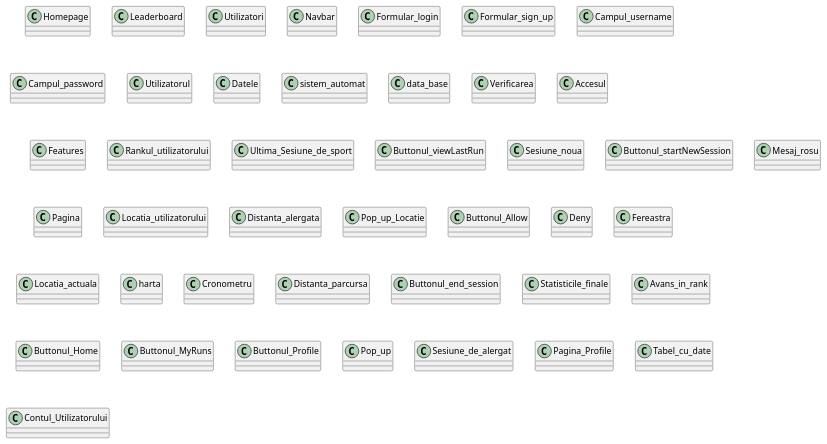
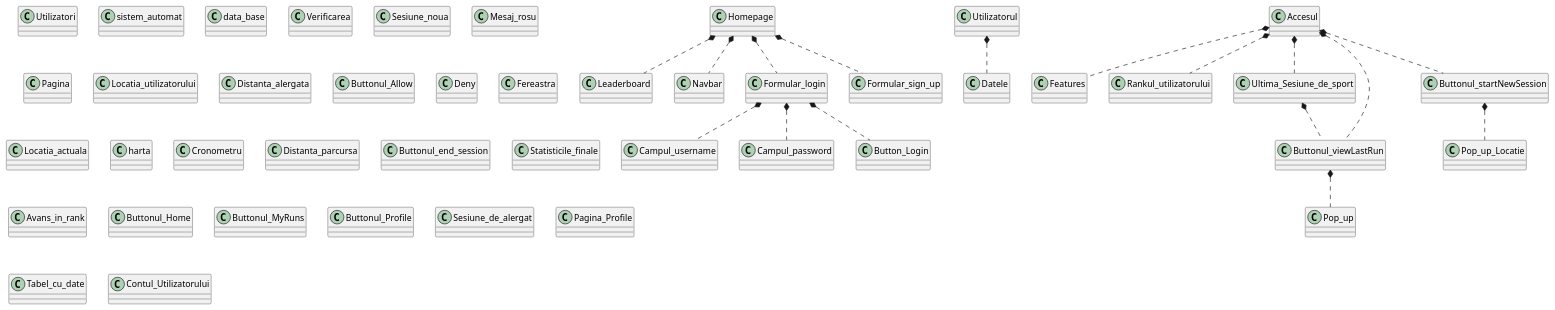
The diagram in ok.puml (kechillosh/req), drawn with PlantUML before and after one commit.

```diff
--- a/ok.puml
+++ b/ok.puml
@@ -1,142 +1,174 @@
 @startuml
 'https://plantuml.com/class-diagram
 
 class Homepage{
 }
 
 class Leaderboard{
 }
 
 class Utilizatori{
 }
 
 class Navbar{
 }
 
 class Formular_login{
 }
 
 class Formular_sign_up{
 }
 
 class Campul_username{
 }
 
 class Campul_password{
+}
+
+class Button_Login {
 }
 
 class Utilizatorul{
 }
 
 class Datele{
 }
 
 class sistem_automat{
 }
 
 class data_base {
 }
 
 class Verificarea{
 }
 
 class Accesul{
 }
 
 class Features{
 }
 
 class Rankul_utilizatorului{
 }
 
 class Ultima_Sesiune_de_sport{
 }
 
 class Buttonul_viewLastRun{
 }
 
 class Sesiune_noua{
 }
 
 class Buttonul_startNewSession{
 }
 
 class Mesaj_rosu{
 }
 
 class Pagina {
 }
 
 class Locatia_utilizatorului {
 }
 
 class Distanta_alergata {
 }
 
 class Pop_up_Locatie {
 }
 
 class Buttonul_Allow {
 }
 
 class Deny{
 }
 
 class Fereastra {
 }
 
 class Locatia_actuala {
 }
 
 class harta {
 }
 
 class Cronometru {
 }
 
 class Distanta_parcursa {
 }
 
 class Buttonul_end_session {
 }
 
 class Statisticile_finale {
 }
 
 class Avans_in_rank {
 }
 
 class Buttonul_Home {
 }
 
 class Buttonul_MyRuns {
 }
 
 class Buttonul_Profile {
 }
 
 
 
 
 
 class Pop_up{
 }
 
 class Sesiune_de_alergat{
 }
 
 class Buttonul_Profile{
 }
 
 class Pagina_Profile {
 }
 
 class Tabel_cu_date {
 }
 
 class Contul_Utilizatorului {
 }
 
 
 
+
+
+Homepage *.. Leaderboard
+Homepage *.. Navbar
+Homepage *.. Formular_login
+Homepage *.. Formular_sign_up
+
+
+Formular_login *.. Campul_username
+Formular_login *.. Campul_password
+Formular_login *.. Button_Login
+
+
+
+Utilizatorul *.. Datele
+
+Accesul *.. Features
+Accesul *.. Rankul_utilizatorului
+Accesul *.. Ultima_Sesiune_de_sport
+Ultima_Sesiune_de_sport *.. Buttonul_viewLastRun
+Accesul *.. Buttonul_viewLastRun
+Accesul *.. Buttonul_startNewSession
+
+Buttonul_viewLastRun *.. Pop_up
+
+Buttonul_startNewSession *.. Pop_up_Locatie
+
+
+
 @enduml
```
